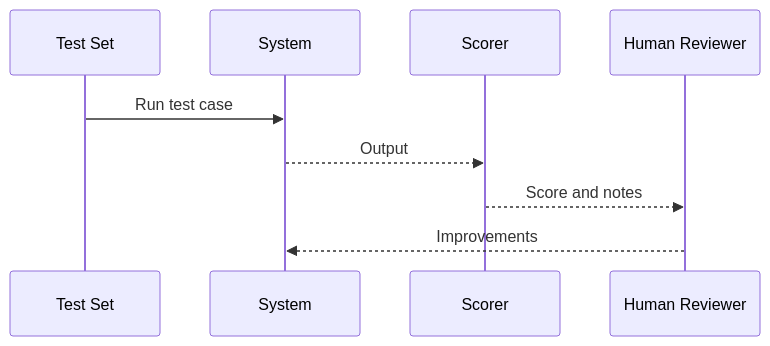
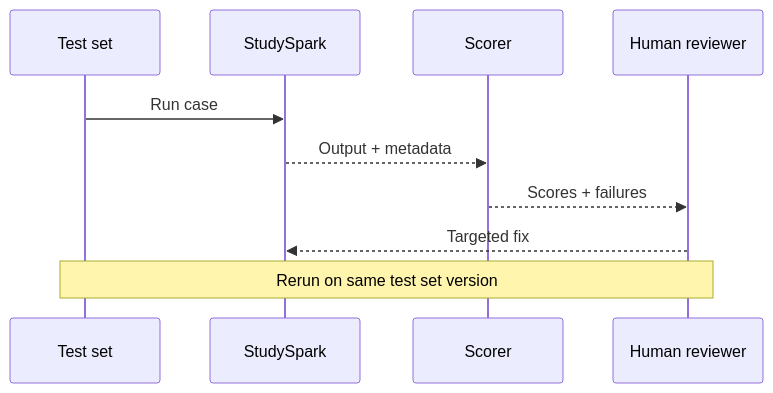
The fifth of 12 diagrams in day_27/day_27_evaluation.md (Asabeneh/30-Days-Of-AI-Engineering), drawn with Mermaid before and after one commit. The commit also changed other lines of this file and 49 other files, not shown here.

````diff
--- a/day_27/day_27_evaluation.md
+++ b/day_27/day_27_evaluation.md
@@ -183,12 +262,13 @@
 ```mermaid
 sequenceDiagram
-    participant T as Test Set
-    participant S as System
+    participant T as Test set
+    participant S as StudySpark
     participant C as Scorer
-    participant H as Human Reviewer
+    participant H as Human reviewer
 
-    T->>S: Run test case
-    S-->>C: Output
-    C-->>H: Score and notes
-    H-->>S: Improvements
+    T->>S: Run case
+    S-->>C: Output + metadata
+    C-->>H: Scores + failures
+    H-->>S: Targeted fix
+    Note over T,H: Rerun on same test set version
 ```
````
